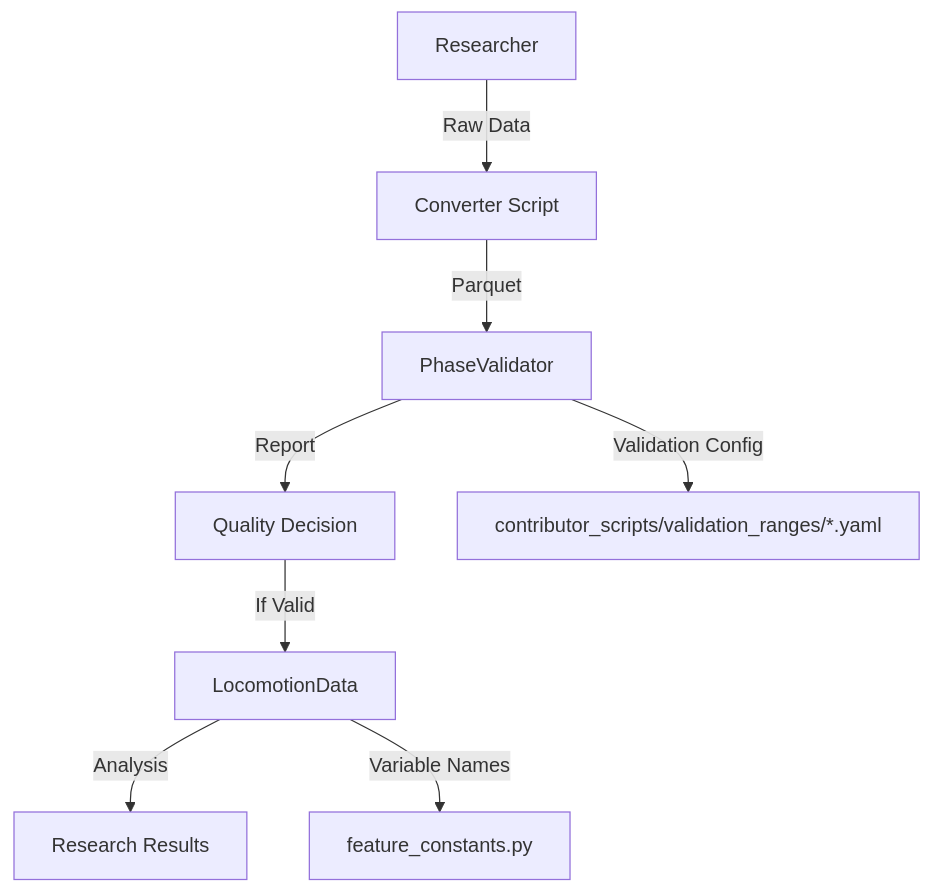
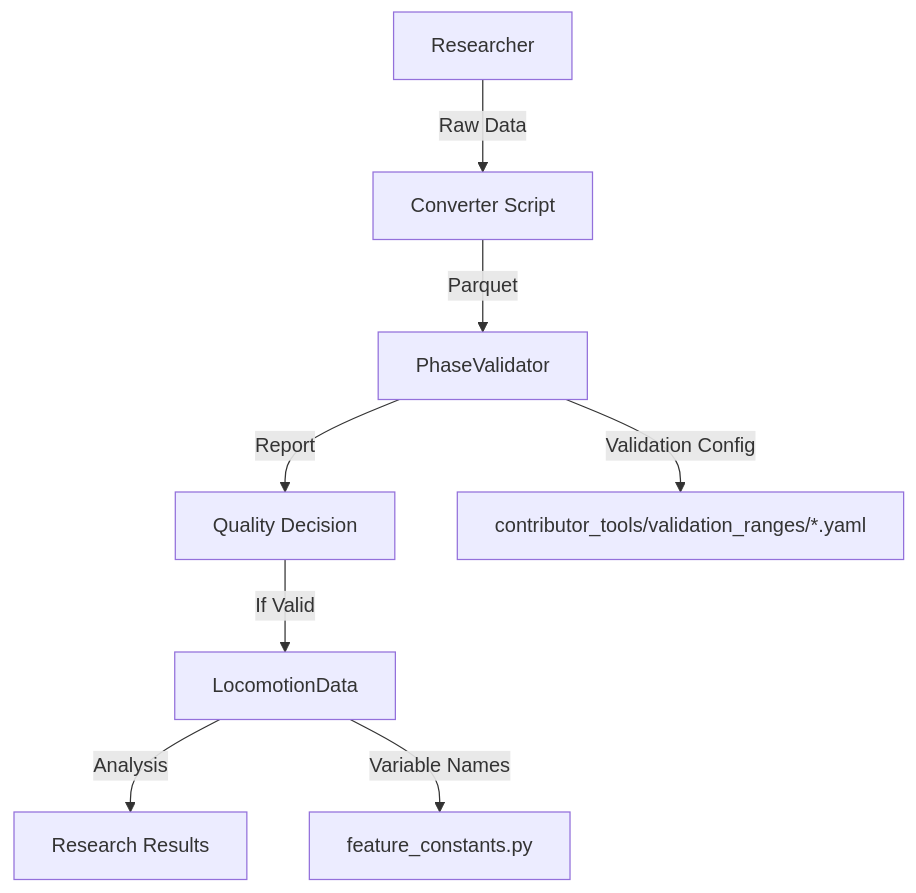
The third of 4 diagrams in docs/maintainers/architecture.md (jmontp/LocoHub), drawn with Mermaid before and after one commit. The commit also changed other lines of this file and 40 other files, not shown here.

````diff
--- a/docs/maintainers/architecture.md
+++ b/docs/maintainers/architecture.md
@@ -186,11 +186,11 @@
 ```mermaid
 graph TD
     A[Researcher] -->|Raw Data| B[Converter Script]
     B -->|Parquet| C[PhaseValidator]
     C -->|Report| D[Quality Decision]
     D -->|If Valid| E[LocomotionData]
     E -->|Analysis| F[Research Results]
     
-    C -->|Validation Config| G[contributor_scripts/validation_ranges/*.yaml]
+    C -->|Validation Config| G[contributor_tools/validation_ranges/*.yaml]
     E -->|Variable Names| H[feature_constants.py]
 ```
````
